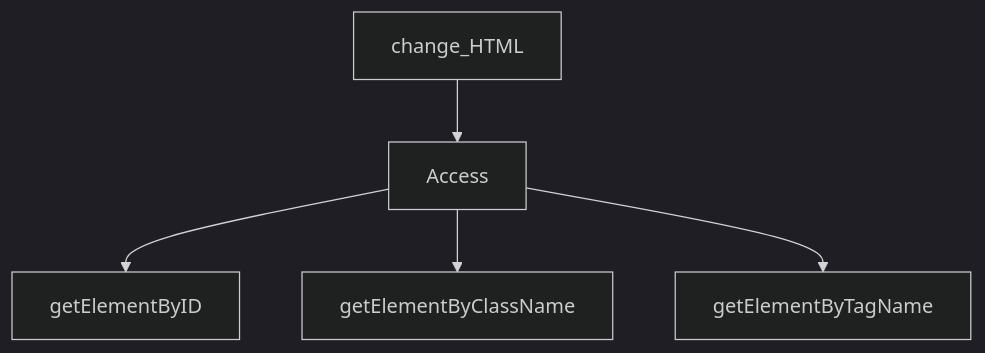
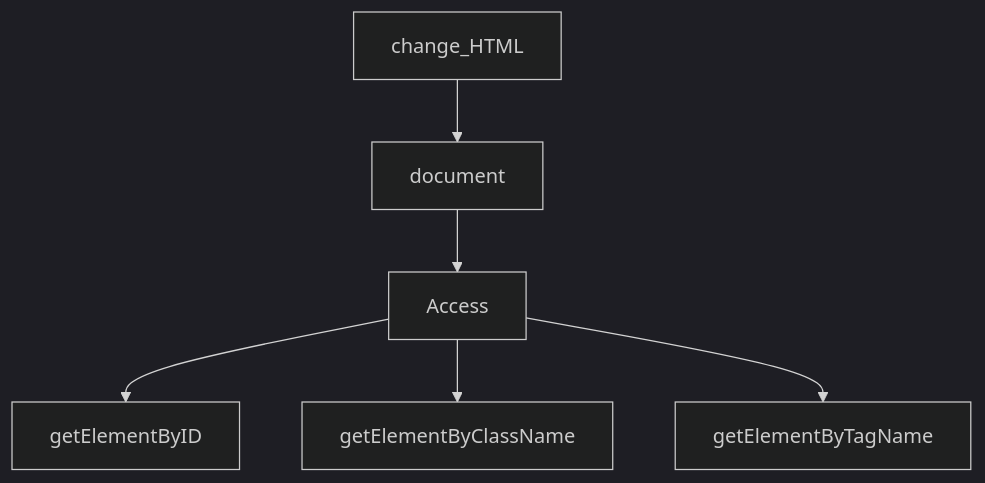
One commit to siddharthkumarrai/Javascript_guide changed the second of 2 diagrams in DOM.md. Above: the diagram before and after it, drawn with Mermaid (dark theme).

````diff
--- a/DOM.md
+++ b/DOM.md
@@ -27,9 +27,10 @@
 ```mermaid
 graph TB;
 
-    change_HTML --> Access;
+    change_HTML --> document;
+    document --> Access;
     Access --> getElementByID;
     Access --> getElementByClassName;
     Access --> getElementByTagName;
 
 ```
````
